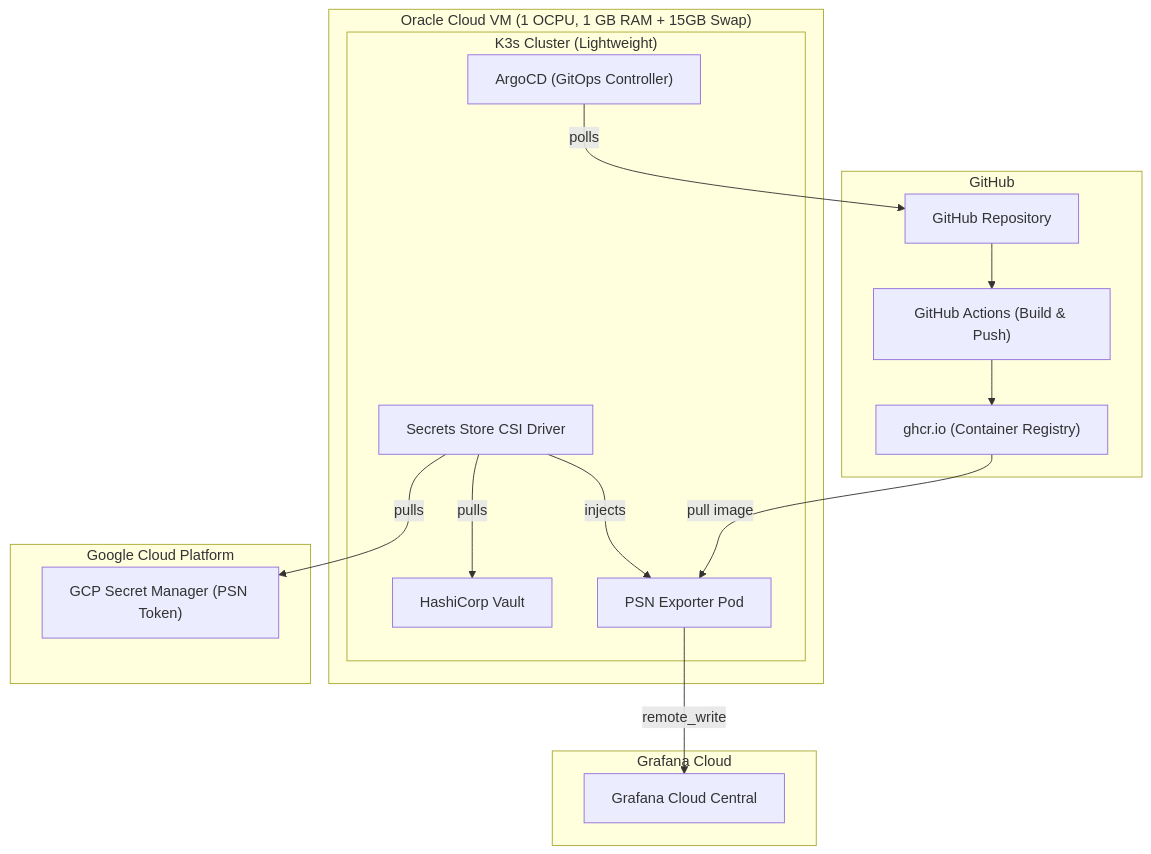
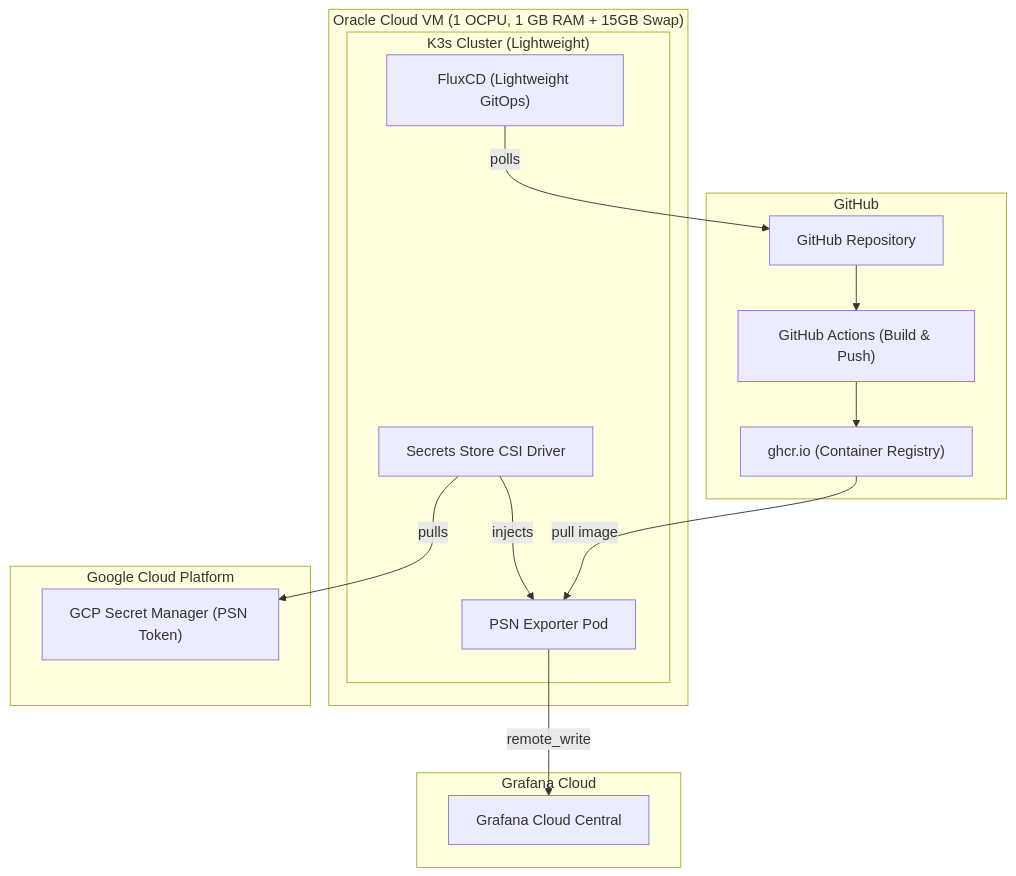
The diagram in README.md (sai7teja/PSN), drawn with Mermaid before and after one commit. The commit also changed other lines of this file and 6 other files, not shown here.

Commit message:
docs: finalize FluxCD migration and completely remove Vault and ArgoCD from architecture diagrams

````diff
--- a/README.md
+++ b/README.md
@@ -28,34 +28,32 @@
 ```mermaid
 graph TB
     subgraph "GitHub"
         GH["GitHub Repository"]
         CI["GitHub Actions (Build & Push)"]
         GHCR["ghcr.io (Container Registry)"]
         
         GH --> CI --> GHCR
     end
 
     subgraph "Oracle Cloud VM (1 OCPU, 1 GB RAM + 15GB Swap)"
         subgraph "K3s Cluster (Lightweight)"
-            ARGO["ArgoCD (GitOps Controller)"]
+            FLUX["FluxCD (Lightweight GitOps)"]
             EXP["PSN Exporter Pod"]
-            VAULT["HashiCorp Vault"]
             CSI["Secrets Store CSI Driver"]
         end
     end
     
     subgraph "Google Cloud Platform"
         GCP["GCP Secret Manager (PSN Token)"]
     end
     
     subgraph "Grafana Cloud"
         GCLOUD["Grafana Cloud Central"]
     end
 
-    ARGO -->|"polls"| GH
+    FLUX -->|"polls"| GH
     GHCR -->|"pull image"| EXP
     CSI -->|"pulls"| GCP
-    CSI -->|"pulls"| VAULT
     CSI -->|"injects"| EXP
     EXP -->|"remote_write"| GCLOUD
 ```
````
